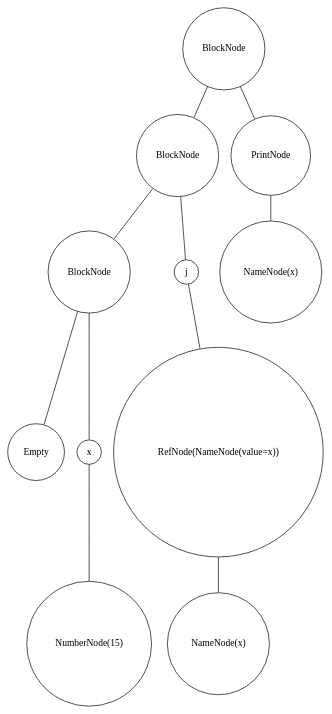
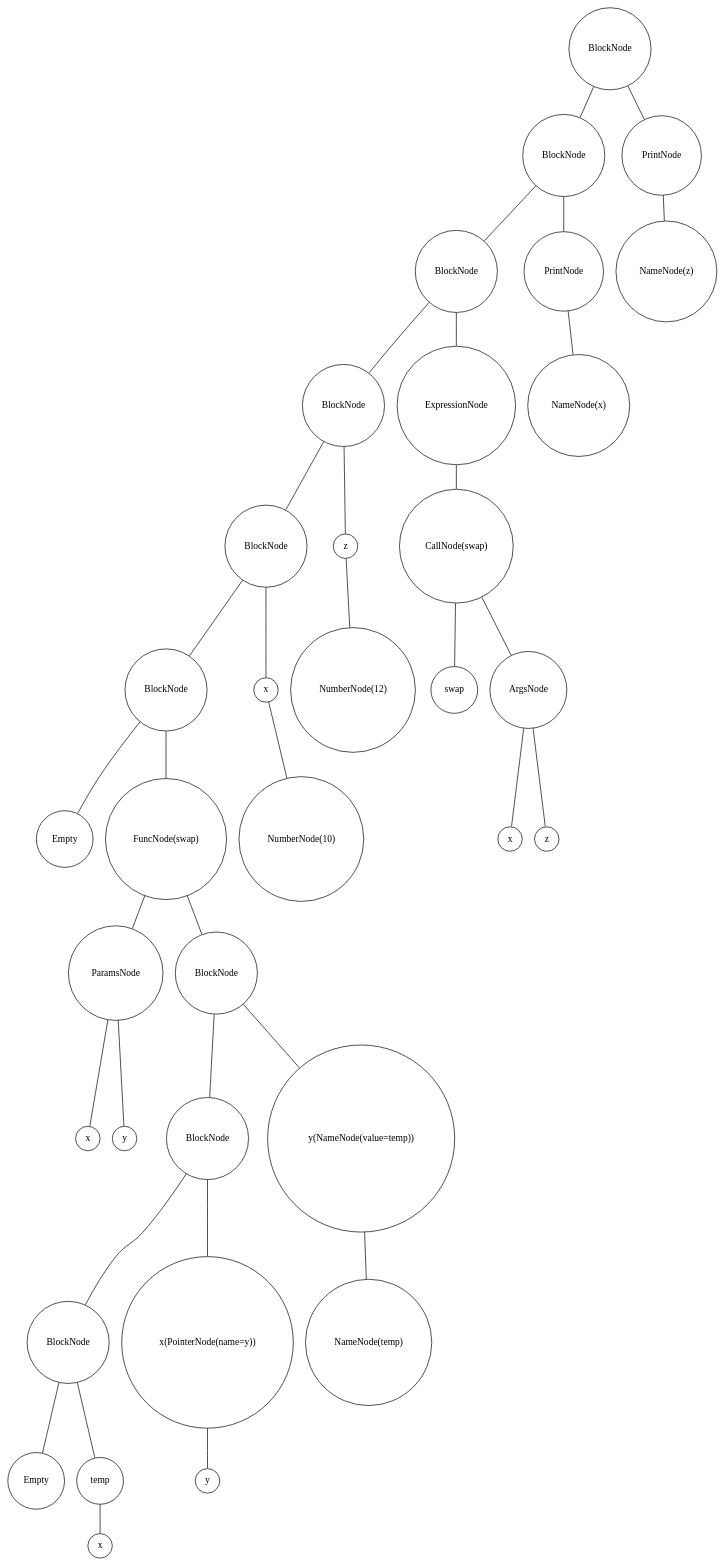
Before and after one commit to Artex6666/interpreteurPython: the diagram in img/graph.gv, drawn with Graphviz. The commit also changed 22 other files, not shown here.

```diff
--- a/img/graph.gv
+++ b/img/graph.gv
@@ -1,24 +1,72 @@
 digraph {
 	node [shape=circle]
-	"92d141a7-d9cd-46e1-837b-8d947fabea3d" [label=BlockNode]
-	"5ca195af-e74c-43e9-9f05-3a46a3ce534f" [label=BlockNode]
-	"99ae6791-c921-4fa8-a6b3-cf8ebd9f9b48" [label=BlockNode]
-	"f04cdaa6-a087-4dfc-b57f-8437d299344b" [label=Empty]
-	"99ae6791-c921-4fa8-a6b3-cf8ebd9f9b48" -> "f04cdaa6-a087-4dfc-b57f-8437d299344b" [arrowsize=0]
-	"9dbaac2b-dbc5-4a71-b9ac-c6dcbe3b0dcb" [label=x]
-	"9cf975d5-af26-48c9-9633-ad3335ba218d" [label="NumberNode(15)"]
-	"9dbaac2b-dbc5-4a71-b9ac-c6dcbe3b0dcb" -> "9cf975d5-af26-48c9-9633-ad3335ba218d" [arrowsize=0]
-	"99ae6791-c921-4fa8-a6b3-cf8ebd9f9b48" -> "9dbaac2b-dbc5-4a71-b9ac-c6dcbe3b0dcb" [arrowsize=0]
-	"5ca195af-e74c-43e9-9f05-3a46a3ce534f" -> "99ae6791-c921-4fa8-a6b3-cf8ebd9f9b48" [arrowsize=0]
-	"ceeb7af1-2dff-4070-882e-ea6db28cff30" [label=j]
-	"c7cdacbc-454e-4e53-b7ef-f8c594c13cea" [label="RefNode(NameNode(value=x))"]
-	"421f55fc-c224-4234-ad1d-6e68a94e4a59" [label="NameNode(x)"]
-	"c7cdacbc-454e-4e53-b7ef-f8c594c13cea" -> "421f55fc-c224-4234-ad1d-6e68a94e4a59" [arrowsize=0]
-	"ceeb7af1-2dff-4070-882e-ea6db28cff30" -> "c7cdacbc-454e-4e53-b7ef-f8c594c13cea" [arrowsize=0]
-	"5ca195af-e74c-43e9-9f05-3a46a3ce534f" -> "ceeb7af1-2dff-4070-882e-ea6db28cff30" [arrowsize=0]
-	"92d141a7-d9cd-46e1-837b-8d947fabea3d" -> "5ca195af-e74c-43e9-9f05-3a46a3ce534f" [arrowsize=0]
-	"910c012b-7e37-4f8d-ba57-929fa6cb7e5f" [label=PrintNode]
-	"9c598a06-052a-48ca-a2f1-6d6e96292a7b" [label="NameNode(x)"]
-	"910c012b-7e37-4f8d-ba57-929fa6cb7e5f" -> "9c598a06-052a-48ca-a2f1-6d6e96292a7b" [arrowsize=0]
-	"92d141a7-d9cd-46e1-837b-8d947fabea3d" -> "910c012b-7e37-4f8d-ba57-929fa6cb7e5f" [arrowsize=0]
+	"479461ba-4b70-4d8f-ac43-67db80e37ce5" [label=BlockNode]
+	"f046f90d-2199-4698-92c3-82add608e511" [label=BlockNode]
+	"27185828-46ca-4570-a2a1-9a2ebefa82cc" [label=BlockNode]
+	"53cbdee9-b8cb-432b-a2e9-722192515651" [label=BlockNode]
+	"5a71aada-593b-42cf-99e2-72d9accc41a0" [label=BlockNode]
+	"69cc00b5-9c4c-4cb7-9c3e-41142e31d131" [label=BlockNode]
+	"3b766b0d-bf51-48d4-b70e-bde8b39f893e" [label=Empty]
+	"69cc00b5-9c4c-4cb7-9c3e-41142e31d131" -> "3b766b0d-bf51-48d4-b70e-bde8b39f893e" [arrowsize=0]
+	"1acfe9d5-a777-47ea-b773-3284c57a1eb5" [label="FuncNode(swap)"]
+	"efd28ab7-9cf1-4557-956c-315fa31d00dd" [label=ParamsNode]
+	"3fd5d73b-528c-4c86-a698-518422823796" [label=x]
+	"efd28ab7-9cf1-4557-956c-315fa31d00dd" -> "3fd5d73b-528c-4c86-a698-518422823796" [arrowsize=0]
+	"31a653af-0684-4377-8f5e-4efb425bd83a" [label=y]
+	"efd28ab7-9cf1-4557-956c-315fa31d00dd" -> "31a653af-0684-4377-8f5e-4efb425bd83a" [arrowsize=0]
+	"1acfe9d5-a777-47ea-b773-3284c57a1eb5" -> "efd28ab7-9cf1-4557-956c-315fa31d00dd" [arrowsize=0]
+	"10565acc-8eeb-4336-9be7-8dd24ec7d3b6" [label=BlockNode]
+	"c018579c-0510-47a7-b25b-7b0b40276897" [label=BlockNode]
+	"1de71411-813c-42b0-8260-edeeaab93ffb" [label=BlockNode]
+	"c22d8904-bb90-45c8-87fe-c3caff9af0cf" [label=Empty]
+	"1de71411-813c-42b0-8260-edeeaab93ffb" -> "c22d8904-bb90-45c8-87fe-c3caff9af0cf" [arrowsize=0]
+	"0c09cb2c-4052-4006-8508-e76ca946e22f" [label=temp]
+	"d7324ffe-f901-43ce-8b9a-e574ea4ef0ff" [label=x]
+	"0c09cb2c-4052-4006-8508-e76ca946e22f" -> "d7324ffe-f901-43ce-8b9a-e574ea4ef0ff" [arrowsize=0]
+	"1de71411-813c-42b0-8260-edeeaab93ffb" -> "0c09cb2c-4052-4006-8508-e76ca946e22f" [arrowsize=0]
+	"c018579c-0510-47a7-b25b-7b0b40276897" -> "1de71411-813c-42b0-8260-edeeaab93ffb" [arrowsize=0]
+	"ff21bfb7-c4f9-4aec-b3c7-faeae44d48d5" [label="x(PointerNode(name=y))"]
+	"e311ca35-ef29-452f-8f74-ebe72334d94a" [label=y]
+	"ff21bfb7-c4f9-4aec-b3c7-faeae44d48d5" -> "e311ca35-ef29-452f-8f74-ebe72334d94a" [arrowsize=0]
+	"c018579c-0510-47a7-b25b-7b0b40276897" -> "ff21bfb7-c4f9-4aec-b3c7-faeae44d48d5" [arrowsize=0]
+	"10565acc-8eeb-4336-9be7-8dd24ec7d3b6" -> "c018579c-0510-47a7-b25b-7b0b40276897" [arrowsize=0]
+	"3d06c76c-d20c-4cf9-934f-9e4956d69f46" [label="y(NameNode(value=temp))"]
+	"3aec5225-83cf-45b0-963f-6cfe033a7ac2" [label="NameNode(temp)"]
+	"3d06c76c-d20c-4cf9-934f-9e4956d69f46" -> "3aec5225-83cf-45b0-963f-6cfe033a7ac2" [arrowsize=0]
+	"10565acc-8eeb-4336-9be7-8dd24ec7d3b6" -> "3d06c76c-d20c-4cf9-934f-9e4956d69f46" [arrowsize=0]
+	"1acfe9d5-a777-47ea-b773-3284c57a1eb5" -> "10565acc-8eeb-4336-9be7-8dd24ec7d3b6" [arrowsize=0]
+	"69cc00b5-9c4c-4cb7-9c3e-41142e31d131" -> "1acfe9d5-a777-47ea-b773-3284c57a1eb5" [arrowsize=0]
+	"5a71aada-593b-42cf-99e2-72d9accc41a0" -> "69cc00b5-9c4c-4cb7-9c3e-41142e31d131" [arrowsize=0]
+	"7853bc21-f558-4842-a9fd-6656c96e9921" [label=x]
+	"785d04d1-df4c-4ea1-99ce-92cf3b1e2fc9" [label="NumberNode(10)"]
+	"7853bc21-f558-4842-a9fd-6656c96e9921" -> "785d04d1-df4c-4ea1-99ce-92cf3b1e2fc9" [arrowsize=0]
+	"5a71aada-593b-42cf-99e2-72d9accc41a0" -> "7853bc21-f558-4842-a9fd-6656c96e9921" [arrowsize=0]
+	"53cbdee9-b8cb-432b-a2e9-722192515651" -> "5a71aada-593b-42cf-99e2-72d9accc41a0" [arrowsize=0]
+	"336c0c2f-13b1-456f-a5f3-387d07e327c0" [label=z]
+	"da9a5b90-aced-41b9-8ee2-9a0aaf8bb79e" [label="NumberNode(12)"]
+	"336c0c2f-13b1-456f-a5f3-387d07e327c0" -> "da9a5b90-aced-41b9-8ee2-9a0aaf8bb79e" [arrowsize=0]
+	"53cbdee9-b8cb-432b-a2e9-722192515651" -> "336c0c2f-13b1-456f-a5f3-387d07e327c0" [arrowsize=0]
+	"27185828-46ca-4570-a2a1-9a2ebefa82cc" -> "53cbdee9-b8cb-432b-a2e9-722192515651" [arrowsize=0]
+	"614fb8ce-8d37-43c8-9423-e6377f02c261" [label=ExpressionNode]
+	"06bcdc5d-c218-4116-8f67-4694a501de69" [label="CallNode(swap)"]
+	"54afb36f-e6f6-40ea-9c70-21efb8cf06e1" [label=swap]
+	"06bcdc5d-c218-4116-8f67-4694a501de69" -> "54afb36f-e6f6-40ea-9c70-21efb8cf06e1" [arrowsize=0]
+	"42719f04-15c4-4368-8145-a7749650c3da" [label=ArgsNode]
+	"58e888a2-9c59-4cb1-a17d-b1f83687e3ca" [label=x]
+	"42719f04-15c4-4368-8145-a7749650c3da" -> "58e888a2-9c59-4cb1-a17d-b1f83687e3ca" [arrowsize=0]
+	"0bf6d073-2cd6-4cab-9a68-bb1c07311e77" [label=z]
+	"42719f04-15c4-4368-8145-a7749650c3da" -> "0bf6d073-2cd6-4cab-9a68-bb1c07311e77" [arrowsize=0]
+	"06bcdc5d-c218-4116-8f67-4694a501de69" -> "42719f04-15c4-4368-8145-a7749650c3da" [arrowsize=0]
+	"614fb8ce-8d37-43c8-9423-e6377f02c261" -> "06bcdc5d-c218-4116-8f67-4694a501de69" [arrowsize=0]
+	"27185828-46ca-4570-a2a1-9a2ebefa82cc" -> "614fb8ce-8d37-43c8-9423-e6377f02c261" [arrowsize=0]
+	"f046f90d-2199-4698-92c3-82add608e511" -> "27185828-46ca-4570-a2a1-9a2ebefa82cc" [arrowsize=0]
+	"3b793583-bed7-4d62-9531-20ade5a80be0" [label=PrintNode]
+	"0990793a-fd7d-4e86-9ad7-a4401f117973" [label="NameNode(x)"]
+	"3b793583-bed7-4d62-9531-20ade5a80be0" -> "0990793a-fd7d-4e86-9ad7-a4401f117973" [arrowsize=0]
+	"f046f90d-2199-4698-92c3-82add608e511" -> "3b793583-bed7-4d62-9531-20ade5a80be0" [arrowsize=0]
+	"479461ba-4b70-4d8f-ac43-67db80e37ce5" -> "f046f90d-2199-4698-92c3-82add608e511" [arrowsize=0]
+	"287339f8-9b4d-487d-a8ba-8c80751c8a07" [label=PrintNode]
+	"a8e61b1d-b77a-4c7f-a285-1a253ac3d5fc" [label="NameNode(z)"]
+	"287339f8-9b4d-487d-a8ba-8c80751c8a07" -> "a8e61b1d-b77a-4c7f-a285-1a253ac3d5fc" [arrowsize=0]
+	"479461ba-4b70-4d8f-ac43-67db80e37ce5" -> "287339f8-9b4d-487d-a8ba-8c80751c8a07" [arrowsize=0]
 }
```
